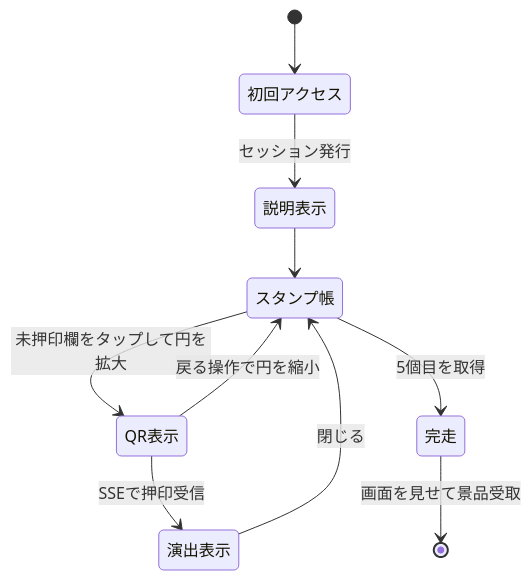
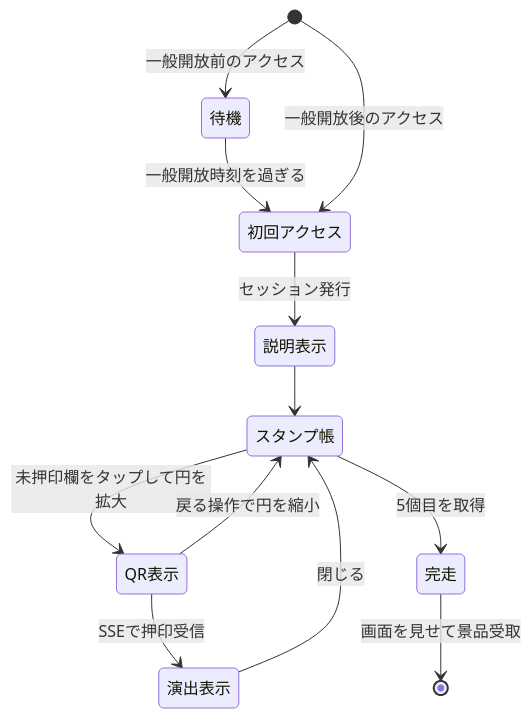
The second of 3 diagrams in docs/spec.md (Shun523/HCD-Stamp-Rally-2026), drawn with Mermaid before and after one commit. The commit also changed other lines of this file and 1 other file, not shown here.

````diff
--- a/docs/spec.md
+++ b/docs/spec.md
@@ -108,12 +109,14 @@
 ```mermaid
 stateDiagram-v2
-  [*] --> 初回アクセス
+  [*] --> 待機: 一般開放前のアクセス
+  待機 --> 初回アクセス: 一般開放時刻を過ぎる
+  [*] --> 初回アクセス: 一般開放後のアクセス
   初回アクセス --> 説明表示: セッション発行
   説明表示 --> スタンプ帳
   スタンプ帳 --> QR表示: 未押印欄をタップして円を拡大
   QR表示 --> スタンプ帳: 戻る操作で円を縮小
   QR表示 --> 演出表示: SSEで押印受信
   演出表示 --> スタンプ帳: 閉じる
   スタンプ帳 --> 完走: 5個目を取得
   完走 --> [*]: 画面を見せて景品受取
 ```
````
